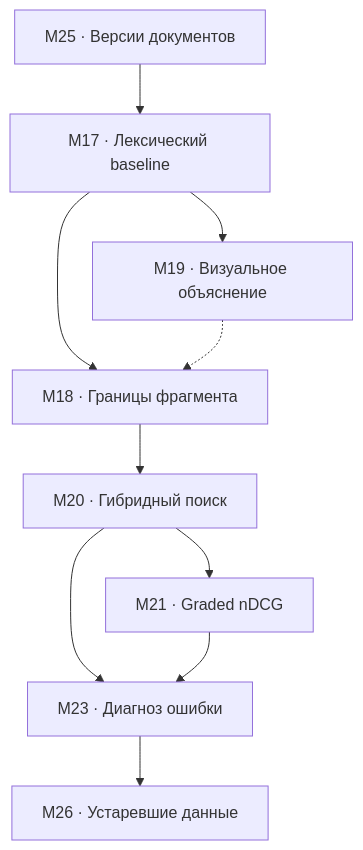
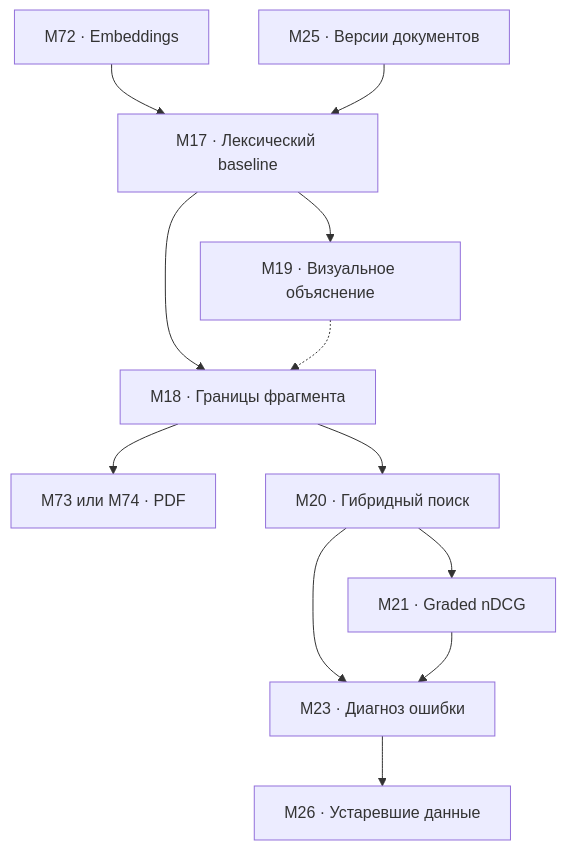
One commit to 620474/applied-ai-reading changed the diagram in retrieval.md. Above: the diagram before and after it, drawn with Mermaid. The commit also changed other lines of this file and 5 other files, not shown here.

````diff
--- a/retrieval.md
+++ b/retrieval.md
@@ -5,11 +5,13 @@
 ```mermaid
 flowchart TD
+V["M72 · Embeddings"] --> A
+B --> P["M73 или M74 · PDF"]
 X["M25 · Версии документов"] --> A["M17 · Лексический baseline"] --> B["M18 · Границы фрагмента"]
 A --> C["M19 · Визуальное объяснение"]
 B --> D["M20 · Гибридный поиск"]
 C -.-> B
 D --> E["M21 · Graded nDCG"]
 D --> F["M23 · Диагноз ошибки"]
 E --> F
 F --> G["M26 · Устаревшие данные"]
 ```
````
